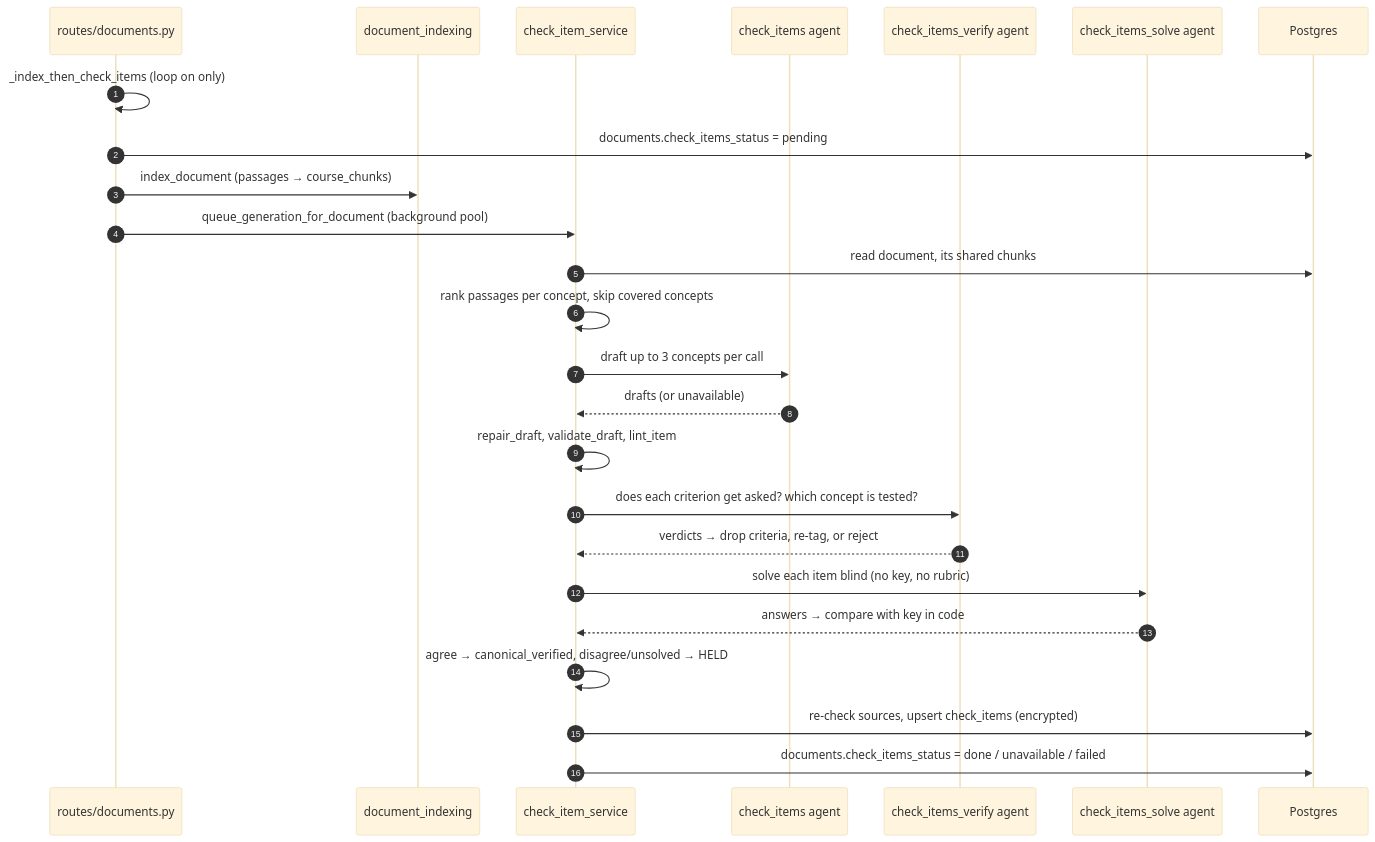
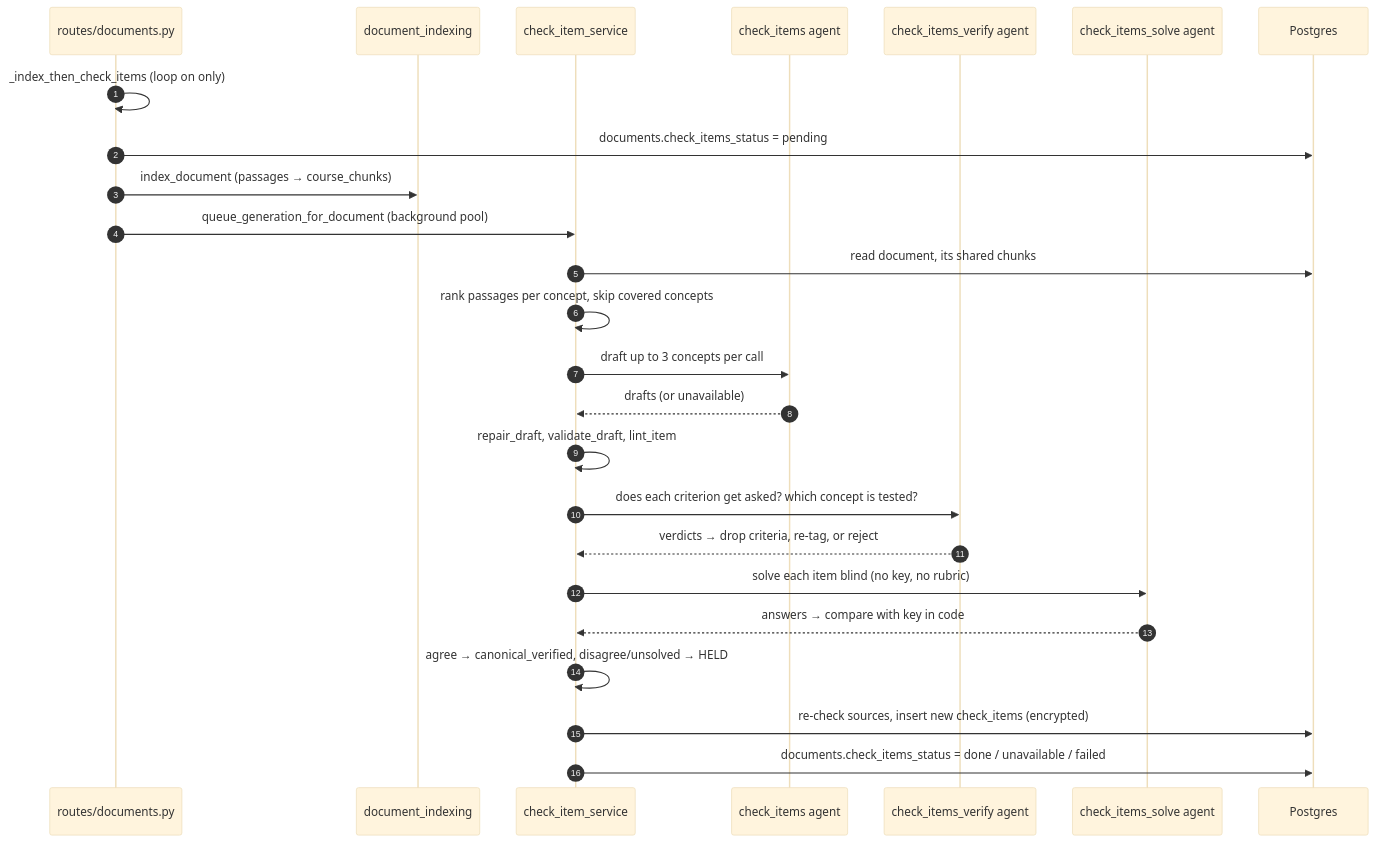
One commit to SaplingLearn/Sapling changed the first of 8 diagrams in docs/learning-loop/flows.md. Above: the diagram before and after it, drawn with Mermaid (base theme). The commit also changed other lines of this file and 7 other files, not shown here.

````diff
--- a/docs/learning-loop/flows.md
+++ b/docs/learning-loop/flows.md
@@ -29,27 +29,27 @@
 ```mermaid
 sequenceDiagram
     autonumber
     participant R as routes/documents.py
     participant IX as document_indexing
     participant S as check_item_service
     participant D as check_items agent
     participant V as check_items_verify agent
     participant K as check_items_solve agent
     participant DB as Postgres
     R->>R: _index_then_check_items (loop on only)
     R->>DB: documents.check_items_status = pending
     R->>IX: index_document (passages → course_chunks)
     R->>S: queue_generation_for_document (background pool)
     S->>DB: read document, its shared chunks
     S->>S: rank passages per concept, skip covered concepts
     S->>D: draft up to 3 concepts per call
     D-->>S: drafts (or unavailable)
     S->>S: repair_draft, validate_draft, lint_item
     S->>V: does each criterion get asked? which concept is tested?
     V-->>S: verdicts → drop criteria, re-tag, or reject
     S->>K: solve each item blind (no key, no rubric)
     K-->>S: answers → compare with key in code
     S->>S: agree → canonical_verified, disagree/unsolved → HELD
-    S->>DB: re-check sources, upsert check_items (encrypted)
+    S->>DB: re-check sources, insert new check_items (encrypted)
     S->>DB: documents.check_items_status = done / unavailable / failed
 ```
````
